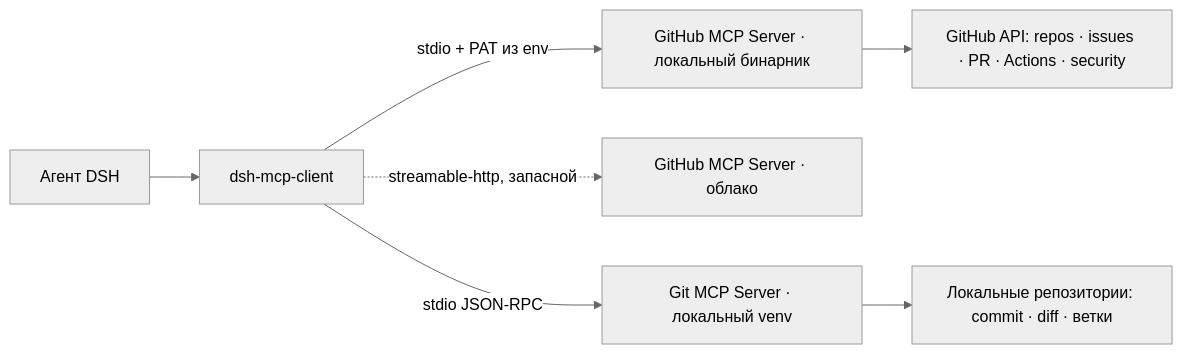
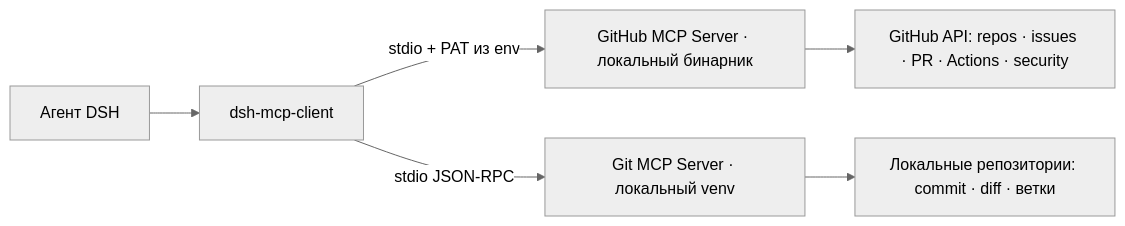
One commit to rukazax/deepseek_harness changed the first of 2 diagrams in packages/mcp-github-universal/README.md. Above: the diagram before and after it, drawn with Mermaid (neutral theme). The commit also changed other lines of this file and 92 other files, not shown here.

First line of the commit message:
plugins: sync local DSH state (mcp-client stdin guards, memory-hub 0.4.0, github-universal config) and add 9 local plugins

````diff
--- a/packages/mcp-github-universal/README.md
+++ b/packages/mcp-github-universal/README.md
@@ -64,9 +108,8 @@
 ```mermaid
 flowchart LR
     A[Агент DSH] --> B[dsh-mcp-client]
     B -->|stdio + PAT из env| C[GitHub MCP Server · локальный бинарник]
     C --> D[GitHub API: repos · issues · PR · Actions · security]
-    B -.->|streamable-http, запасной| G[GitHub MCP Server · облако]
     B -->|stdio JSON-RPC| E[Git MCP Server · локальный venv]
     E --> F[Локальные репозитории: commit · diff · ветки]
 ```
````
